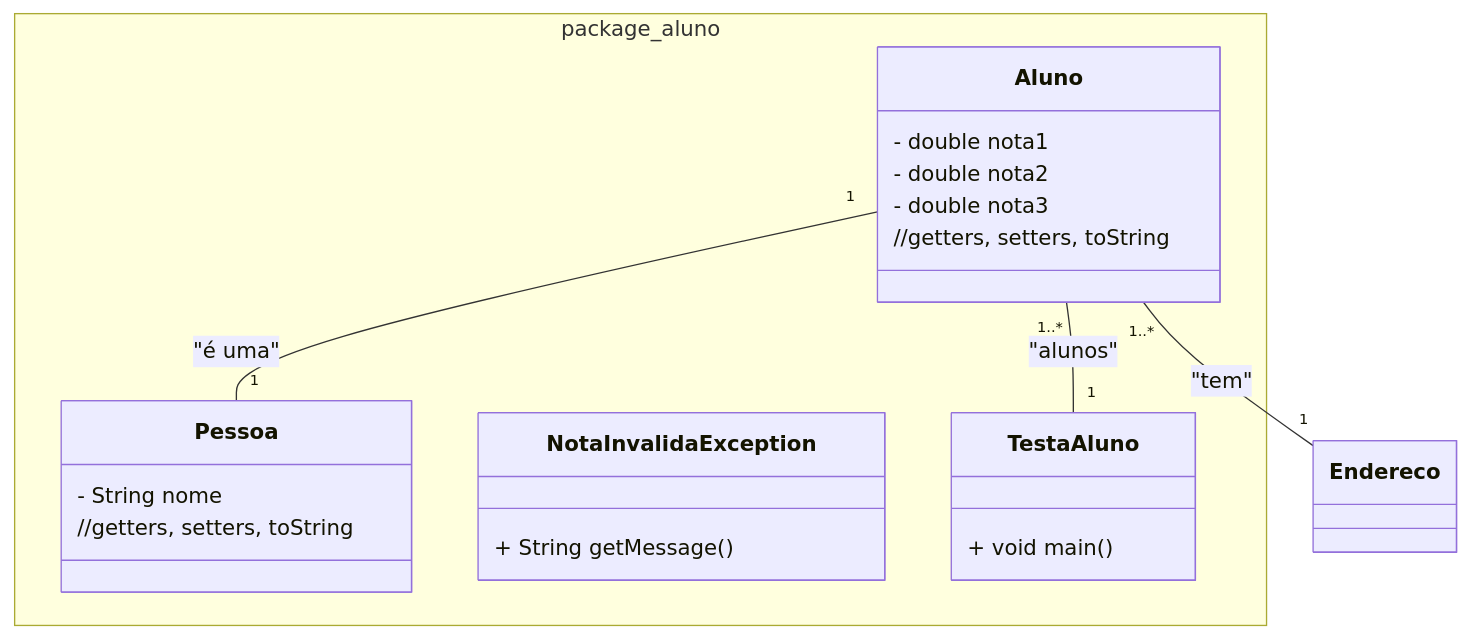
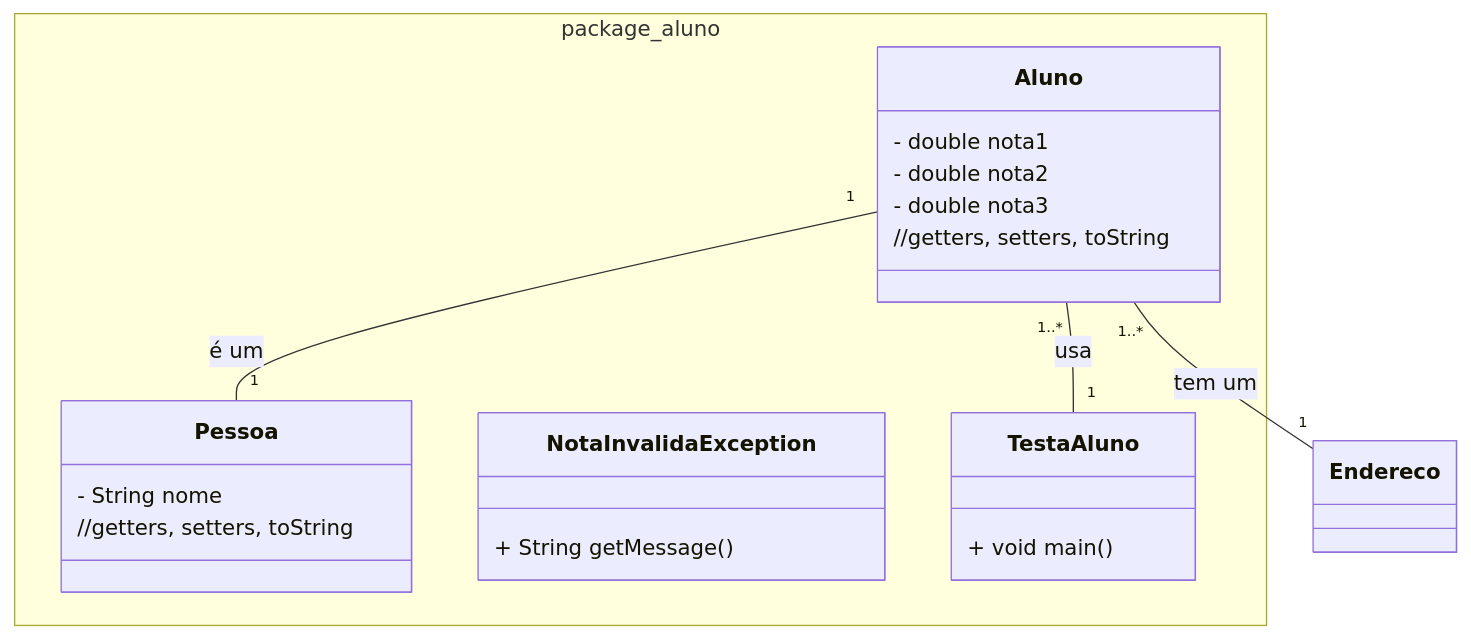
One commit to ap3ufersa/ap3_2024.3_xicoArruda changed the diagram in unidade1/aula6.md. Above: the diagram before and after it, drawn with Mermaid. The commit also changed 1 other file, not shown here.

Commit message:
Arrumando diagramas

````diff
--- a/unidade1/aula6.md
+++ b/unidade1/aula6.md
@@ -7,27 +7,27 @@
 ```mermaid
 classDiagram
     namespace package_aluno {
         class Pessoa {
             - String nome
             //getters, setters, toString
         }
 
         class Aluno {
             - double nota1
             - double nota2
             - double nota3
             //getters, setters, toString
         }
 
         class NotaInvalidaException {
             + String getMessage()
         }
 
         class TestaAluno {
             + void main()
         }
     }
-    Aluno "1..*" -- "1" Endereco : "tem"
-    Aluno "1..*" -- "1" TestaAluno : "alunos"
-    Aluno "1" -- "1" Pessoa : "é uma"
+    Aluno "1..*" -- "1" Endereco : tem um
+    Aluno "1..*" -- "1" TestaAluno : usa
+    Aluno "1" -- "1" Pessoa : é um
 ```
````
